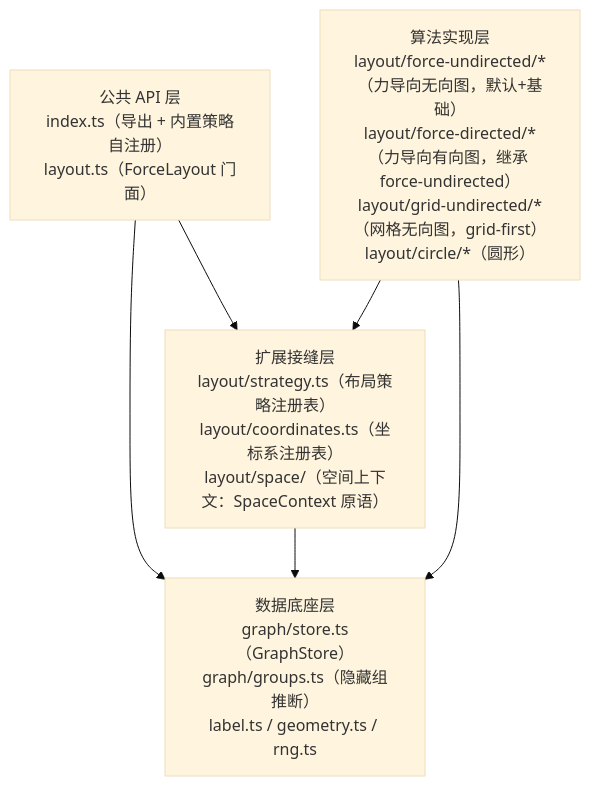
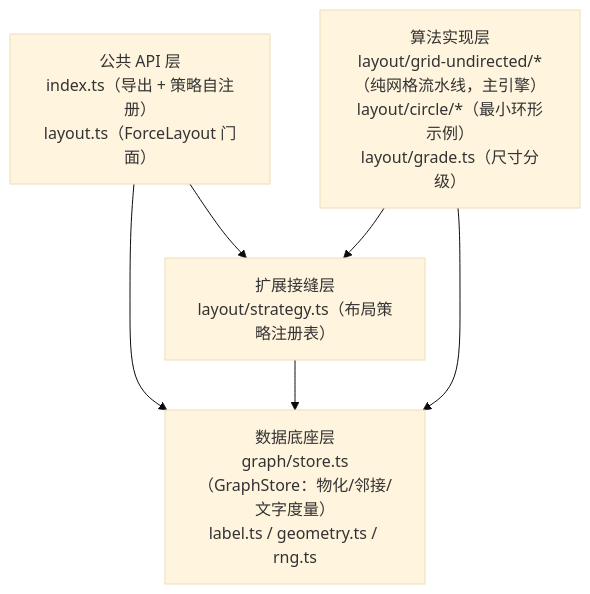
Before and after one commit to jiangjianbo/fishgraph: the diagram in doc/architecture.md, drawn with Mermaid (base theme). The commit also changed other lines of this file and 61 other files, not shown here.

````diff
--- a/doc/architecture.md
+++ b/doc/architecture.md
@@ -21,13 +21,13 @@
 ```mermaid
 graph TD
-    API["公共 API 层<br/>index.ts（导出 + 内置策略自注册）<br/>layout.ts（ForceLayout 门面）"]
-    SEAM["扩展接缝层<br/>layout/strategy.ts（布局策略注册表）<br/>layout/coordinates.ts（坐标系注册表）<br/>layout/space/（空间上下文：SpaceContext 原语）"]
-    BASE["数据底座层<br/>graph/store.ts（GraphStore）<br/>graph/groups.ts（隐藏组推断）<br/>label.ts / geometry.ts / rng.ts"]
-    ALGO["算法实现层<br/>layout/force-undirected/*（力导向无向图，默认+基础）<br/>layout/force-directed/*（力导向有向图，继承 force-undirected）<br/>layout/grid-undirected/*（网格无向图，grid-first）<br/>layout/circle/*（圆形）"]
+    API["公共 API 层<br/>index.ts（导出 + 策略自注册）<br/>layout.ts（ForceLayout 门面）"]
+    SEAM["扩展接缝层<br/>layout/strategy.ts（布局策略注册表）"]
+    BASE["数据底座层<br/>graph/store.ts（GraphStore：物化/邻接/文字度量）<br/>label.ts / geometry.ts / rng.ts"]
+    ALGO["算法实现层<br/>layout/grid-undirected/*（纯网格流水线，主引擎）<br/>layout/circle/*（最小环形示例）<br/>layout/grade.ts（尺寸分级）"]
 
     API --> SEAM
     API --> BASE
     SEAM --> BASE
     ALGO --> SEAM
     ALGO --> BASE
 ```
````
